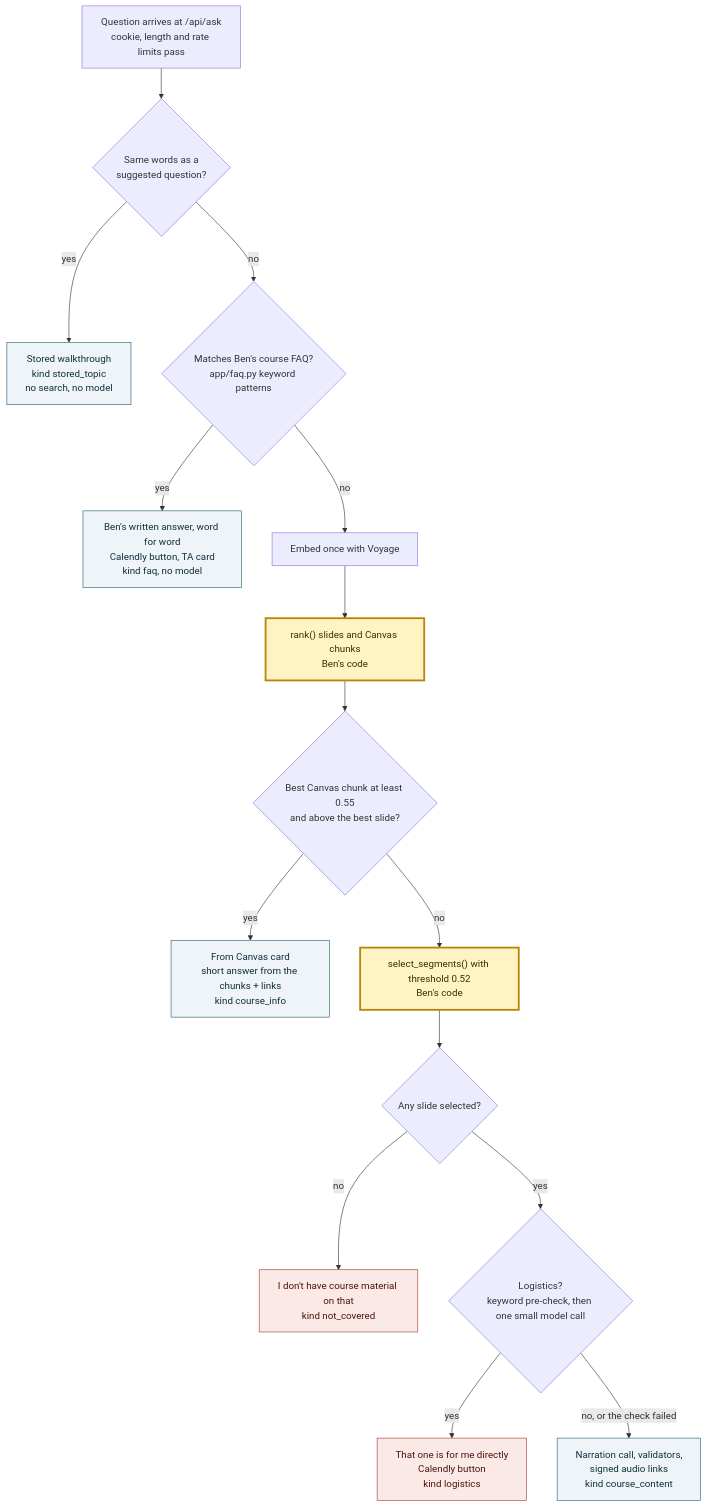
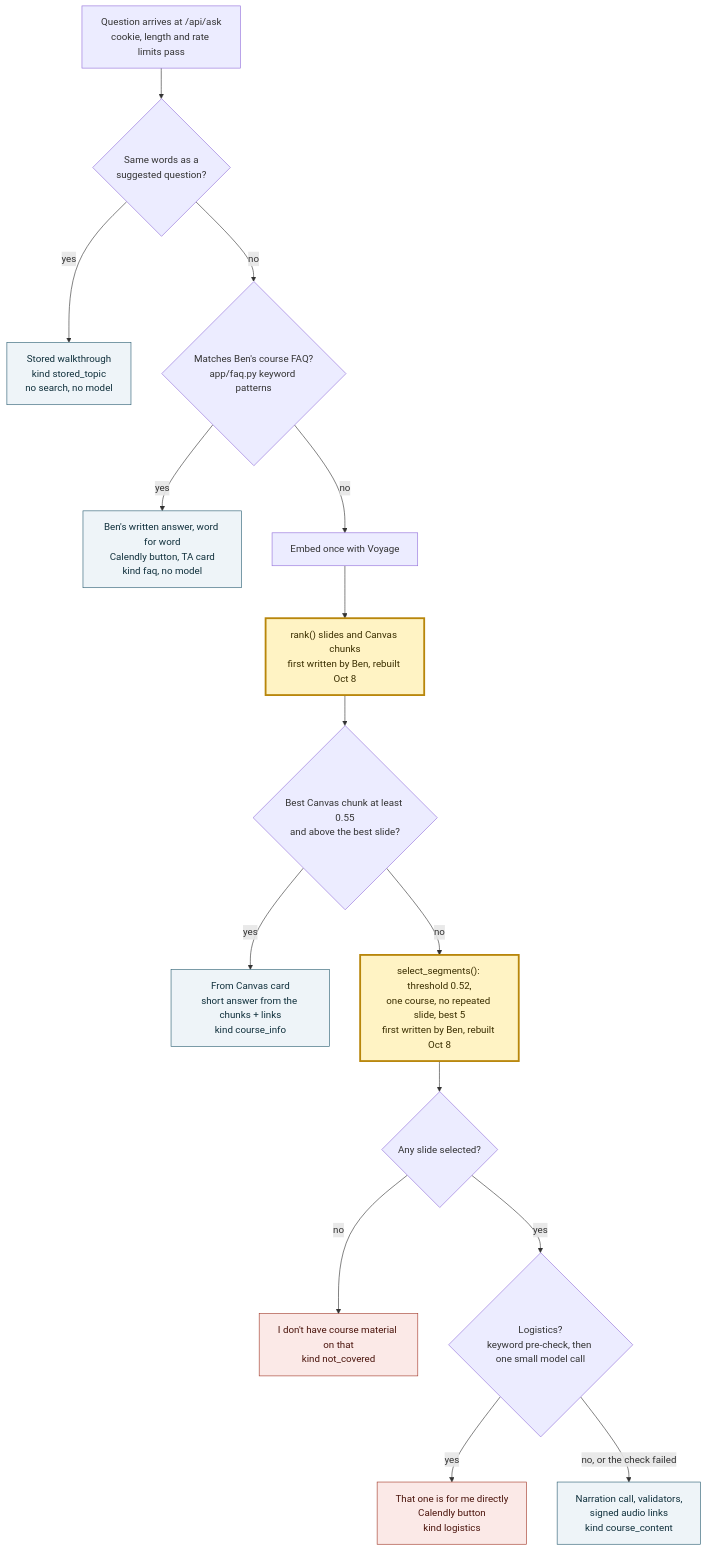
The first of 6 diagrams in README.md (bcollier/faculty-twin), drawn with Mermaid before and after one commit. The commit also changed other lines of this file and 12 other files, not shown here.

First line of the commit message:
Rebuild slide retrieval with evals: one course per answer, no repeated slides, a relative cutoff, vectorized NaN-safe rank (#117)

````diff
--- a/README.md
+++ b/README.md
@@ -164,25 +164,25 @@
 ```mermaid
 flowchart TD
     classDef ben fill:#fff3c4,stroke:#b8860b,stroke-width:3px,color:#3a2e00
     classDef out fill:#eef4f8,stroke:#2c5f73,color:#10303c
     classDef stop fill:#fbe9e7,stroke:#a33a2a,color:#4a140c
 
     Q["Question arrives at /api/ask<br/>cookie, length and rate limits pass"] --> T{"Same words as a<br/>suggested question?"}
     T -- yes --> TOPIC["Stored walkthrough<br/>kind stored_topic<br/>no search, no model"]
     T -- no --> F{"Matches Ben's course FAQ?<br/>app/faq.py keyword patterns"}
     F -- yes --> FAQ["Ben's written answer, word for word<br/>Calendly button, TA card<br/>kind faq, no model"]
     F -- no --> E["Embed once with Voyage"]
-    E --> R["rank() slides and Canvas chunks<br/>Ben's code"]
+    E --> R["rank() slides and Canvas chunks<br/>first written by Ben, rebuilt Oct 8"]
     R --> C{"Best Canvas chunk at least 0.55<br/>and above the best slide?"}
     C -- yes --> INFO["From Canvas card<br/>short answer from the chunks + links<br/>kind course_info"]
-    C -- no --> SEL["select_segments() with threshold 0.52<br/>Ben's code"]
+    C -- no --> SEL["select_segments(): threshold 0.52,<br/>one course, no repeated slide, best 5<br/>first written by Ben, rebuilt Oct 8"]
     SEL --> COV{"Any slide selected?"}
     COV -- no --> NC["I don't have course material on that<br/>kind not_covered"]
     COV -- yes --> L{"Logistics?<br/>keyword pre-check, then one small model call"}
     L -- yes --> LOG["That one is for me directly<br/>Calendly button<br/>kind logistics"]
     L -- "no, or the check failed" --> N["Narration call, validators,<br/>signed audio links<br/>kind course_content"]
 
     class R,SEL ben
     class TOPIC,FAQ,INFO,N out
     class NC,LOG stop
 ```
````
